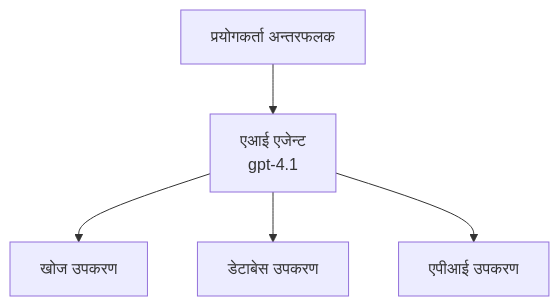
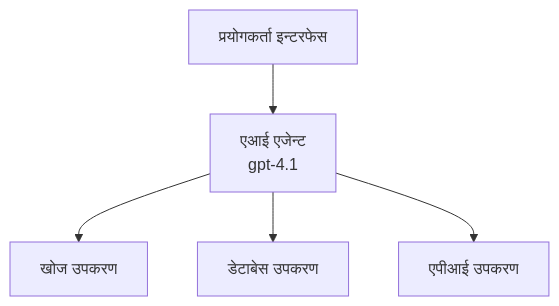
One commit to microsoft/AZD-for-beginners changed the first of 3 diagrams in translations/ne/docs/chapter-02-ai-development/agents.md. Above: the diagram before and after it, drawn with Mermaid. The commit also changed other lines of this file and 101 other files, not shown here.

````diff
--- a/translations/ne/docs/chapter-02-ai-development/agents.md
+++ b/translations/ne/docs/chapter-02-ai-development/agents.md
@@ -152,7 +157,7 @@
 ```mermaid
 graph TD
-    UI[प्रयोगकर्ता अन्तरफलक] --> Agent[एआई एजेन्ट<br/>gpt-4.1]
+    UI[प्रयोगकर्ता इन्टरफेस] --> Agent[एआई एजेन्ट<br/>gpt-4.1]
     Agent --> Search[खोज उपकरण]
     Agent --> Database[डेटाबेस उपकरण]
     Agent --> API[एपीआई उपकरण]
 ```
````
